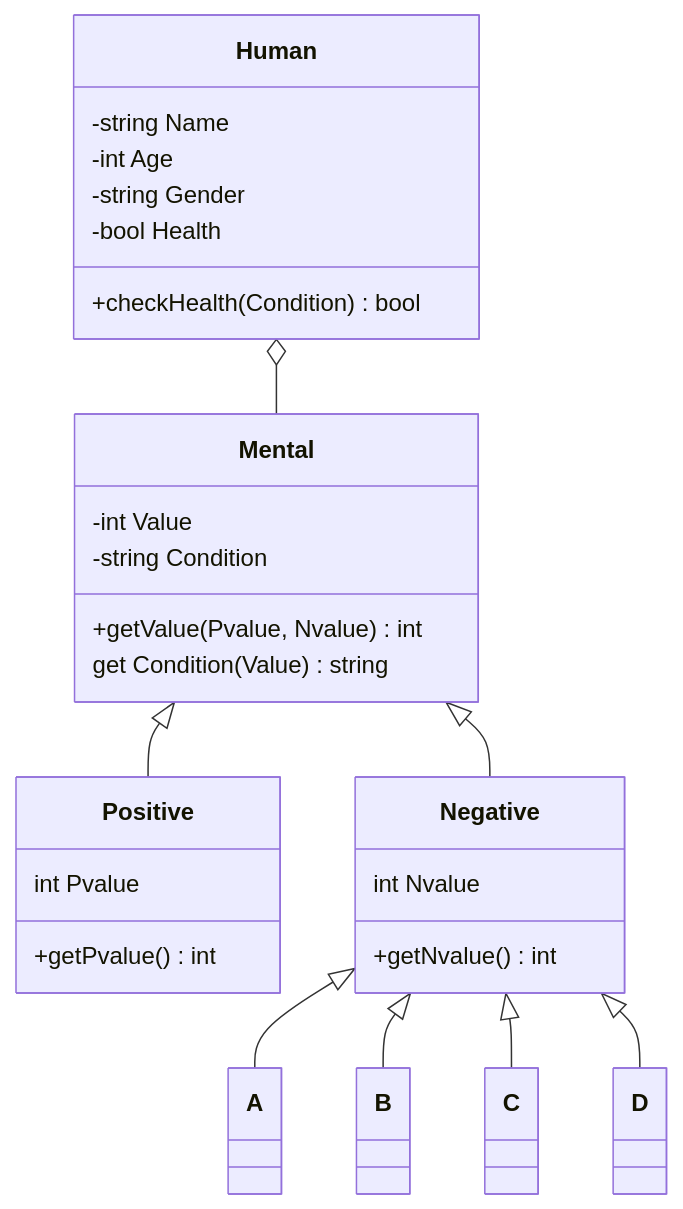
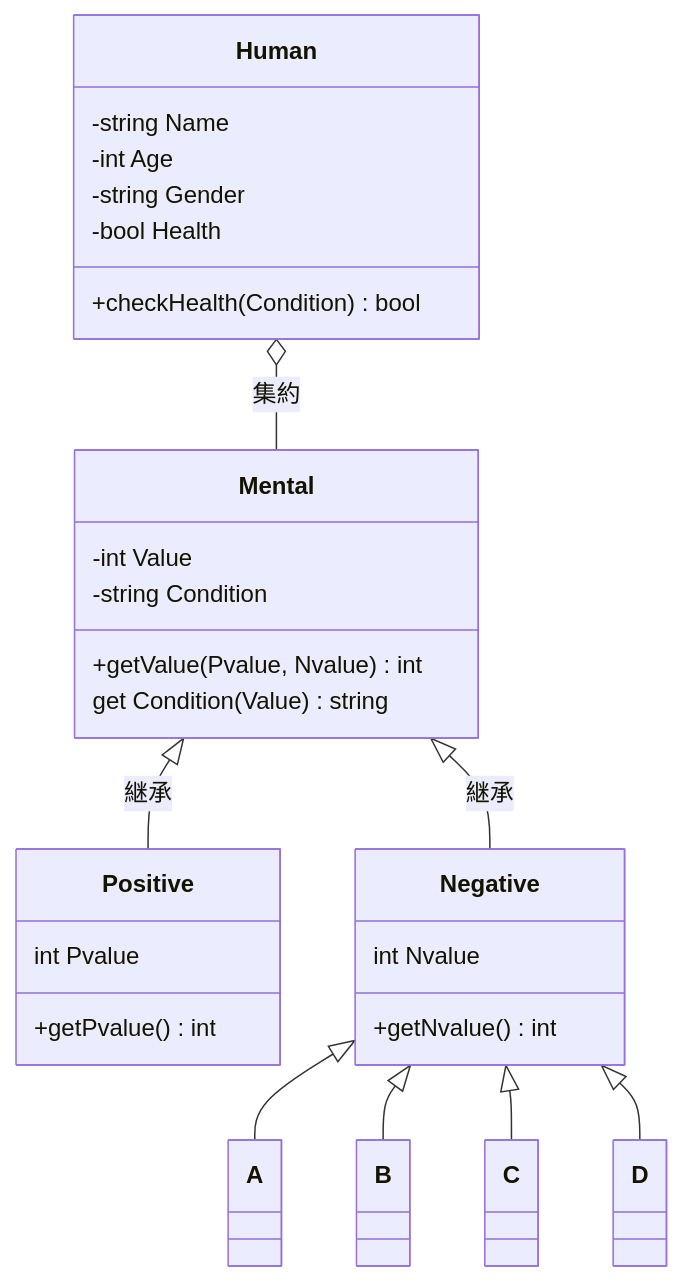
The third of 3 diagrams in README.md (tpu-game-2023/mermaid_test), drawn with Mermaid before and after one commit.

Commit message:
修正 README.md

````diff
--- a/README.md
+++ b/README.md
@@ -68,38 +68,38 @@
 ```mermaid
 classDiagram
    class Human {
     -string Name
     -int Age
     -string Gender
     -bool Health
     +checkHealth(Condition) bool
     }
     
     class Mental{
     -int Value
     -string Condition
     +getValue(Pvalue, Nvalue) int
     get Condition(Value) string
     }
     
     class Positive{
     int Pvalue
     +getPvalue() int
     }
 
     class Negative{
     int Nvalue
     +getNvalue() int
     }
     
-    Human o-- Mental
-    Mental <|-- Positive
-    Mental <|-- Negative
+    Human o-- Mental : 集約
+    Mental <|-- Positive : 継承
+    Mental <|-- Negative : 継承
     Negative <|-- A
     Negative <|-- B
     Negative <|-- C
     Negative <|-- D
     
     
     
 ```
````
